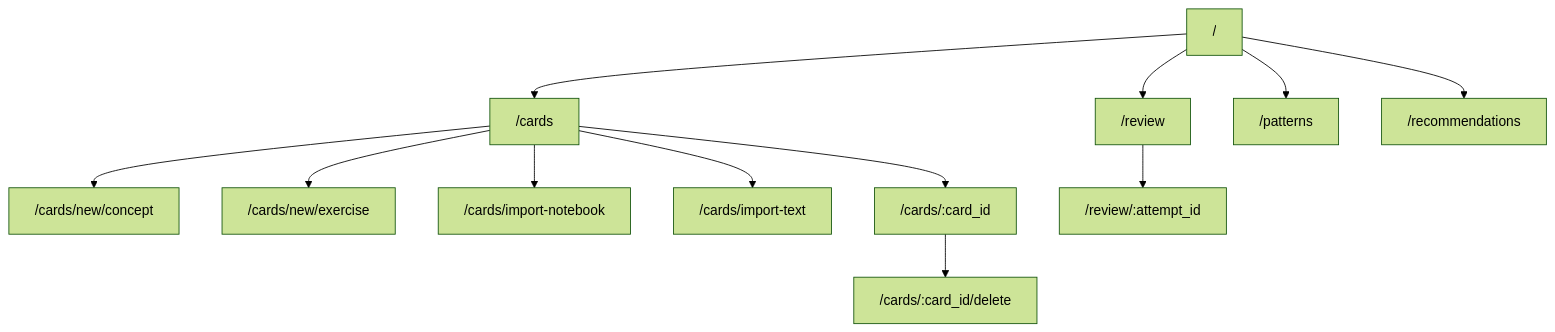
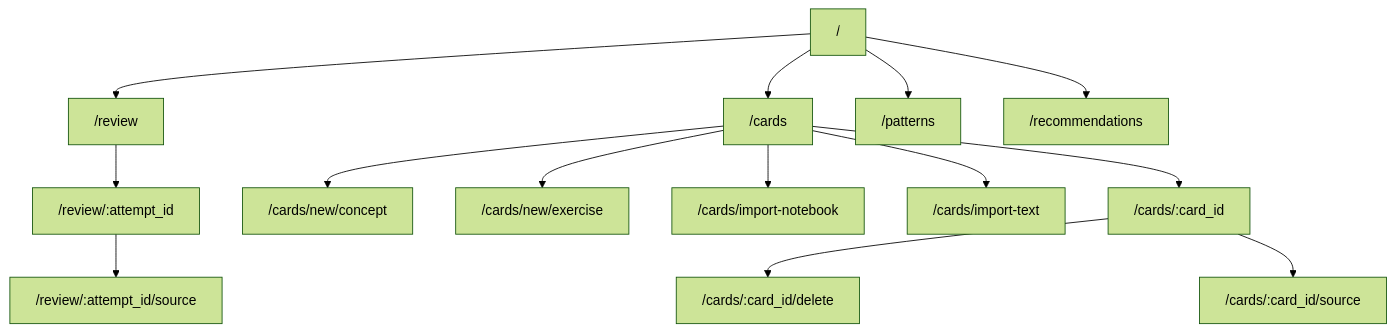
One commit to hangjianli/BarskyProtocol changed the diagram in docs/design/architecture.md. Above: the diagram before and after it, drawn with Mermaid (forest theme). The commit also changed other lines of this file and 5 other files, not shown here.

````diff
--- a/docs/design/architecture.md
+++ b/docs/design/architecture.md
@@ -51,14 +55,16 @@
 ```mermaid
 flowchart TD
     A["/"] --> B["/review"]
     A --> C["/cards"]
     A --> D["/patterns"]
     A --> E["/recommendations"]
     C --> F["/cards/new/concept"]
     C --> G["/cards/new/exercise"]
     C --> H["/cards/import-notebook"]
     C --> J["/cards/import-text"]
     C --> K["/cards/:card_id"]
     K --> L["/cards/:card_id/delete"]
+    K --> M["/cards/:card_id/source"]
     B --> I["/review/:attempt_id"]
+    I --> N["/review/:attempt_id/source"]
 ```
````
